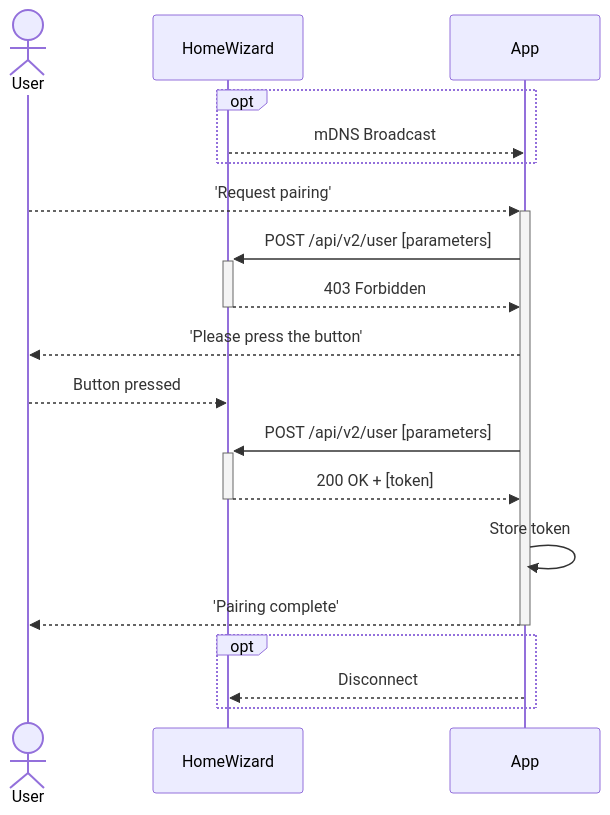
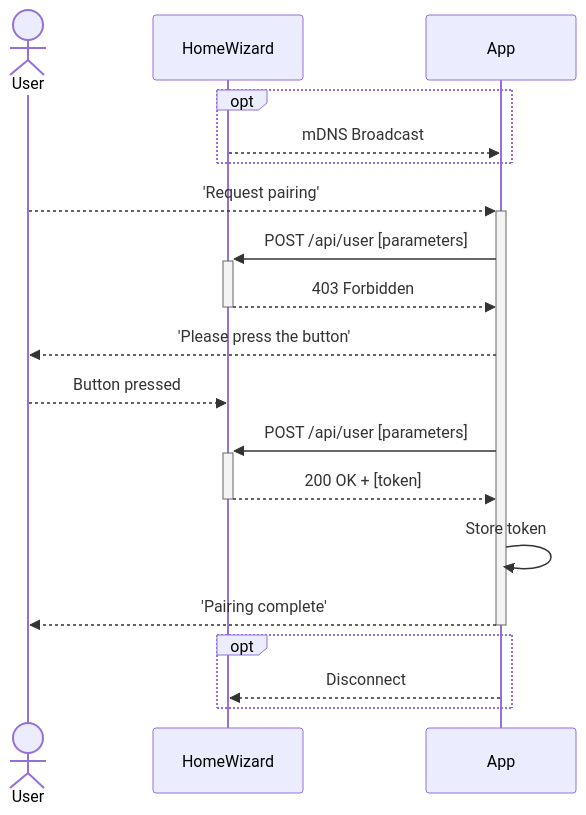
Before and after one commit to homewizard/api-documentation: the diagram in docs/V2/authorization.mdx, drawn with Mermaid. The commit also changed other lines of this file and 11 other files, not shown here.

````diff
--- a/docs/V2/authorization.mdx
+++ b/docs/V2/authorization.mdx
@@ -42,19 +42,19 @@
 ```mermaid
 sequenceDiagram
     Actor User
     opt
     HomeWizard-->>App: mDNS Broadcast
     end
     User-->>+App: 'Request pairing'
-    App->>+HomeWizard: POST /api/v2/user [parameters]
+    App->>+HomeWizard: POST /api/user [parameters]
     HomeWizard-->>-App: 403 Forbidden
     App-->>User: 'Please press the button'
     User-->>HomeWizard: Button pressed
-    App->>+HomeWizard: POST /api/v2/user [parameters]
+    App->>+HomeWizard: POST /api/user [parameters]
     HomeWizard-->>-App: 200 OK + [token]
     App->>App: Store token
     App-->>-User: 'Pairing complete'
     opt
         App-->>HomeWizard: Disconnect
     end
 ```
````
